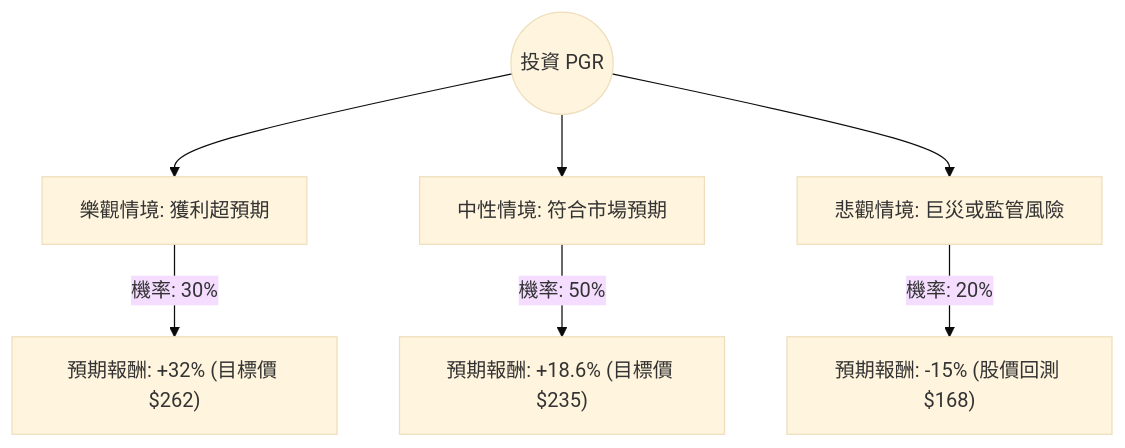
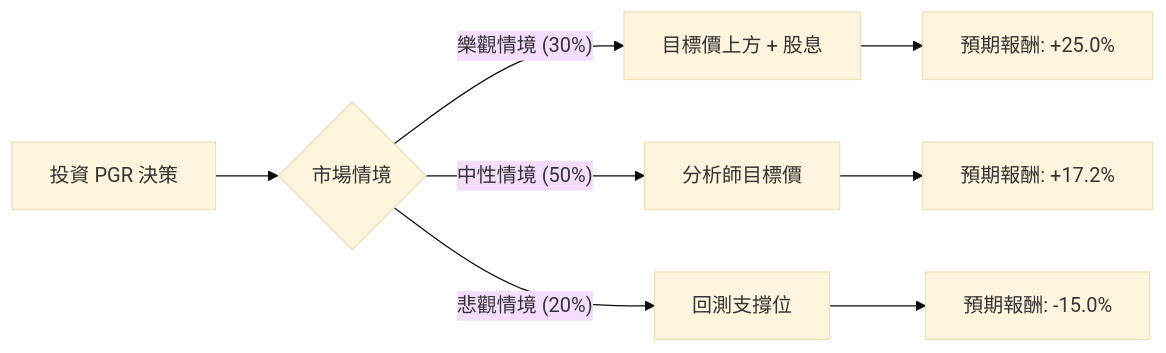
Before and after one commit to zmcx16/zmcx16.github.io: the diagram in plugin-react/ai-analysis/ev-analysis/PGR.md, drawn with Mermaid (base theme). The commit also changed other lines of this file and 80 other files, not shown here.

````diff
--- a/plugin-react/ai-analysis/ev-analysis/PGR.md
+++ b/plugin-react/ai-analysis/ev-analysis/PGR.md
@@ -19,10 +17,12 @@
 ```mermaid
-graph TD
-    Start((投資 PGR)) --> Bull[樂觀情境: 獲利超預期]
-    Start --> Base[中性情境: 符合市場預期]
-    Start --> Bear[悲觀情境: 巨災或監管風險]
+graph LR
+    A[投資 PGR 決策] --> B{市場情境}
+    
+    B -- 樂觀情境 (30%) --> C[目標價上方 + 股息]
+    B -- 中性情境 (50%) --> D[分析師目標價]
+    B -- 悲觀情境 (20%) --> E[回測支撐位]
 
-    Bull -- "機率: 30%" --> BullResult["預期報酬: +32% (目標價 $262)"]
-    Base -- "機率: 50%" --> BaseResult["預期報酬: +18.6% (目標價 $235)"]
-    Bear -- "機率: 20%" --> BearResult["預期報酬: -15% (股價回測 $168)"]
+    C --> C1[預期報酬: +25.0%]
+    D --> D1[預期報酬: +17.2%]
+    E --> E1[預期報酬: -15.0%]
 ```
````
